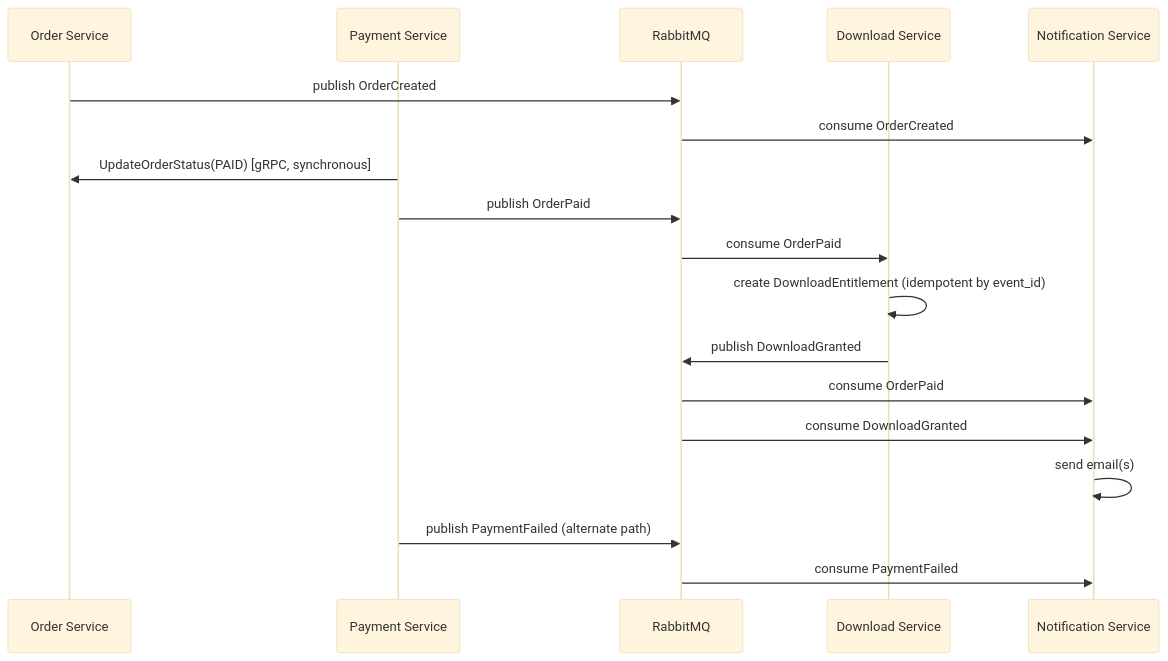
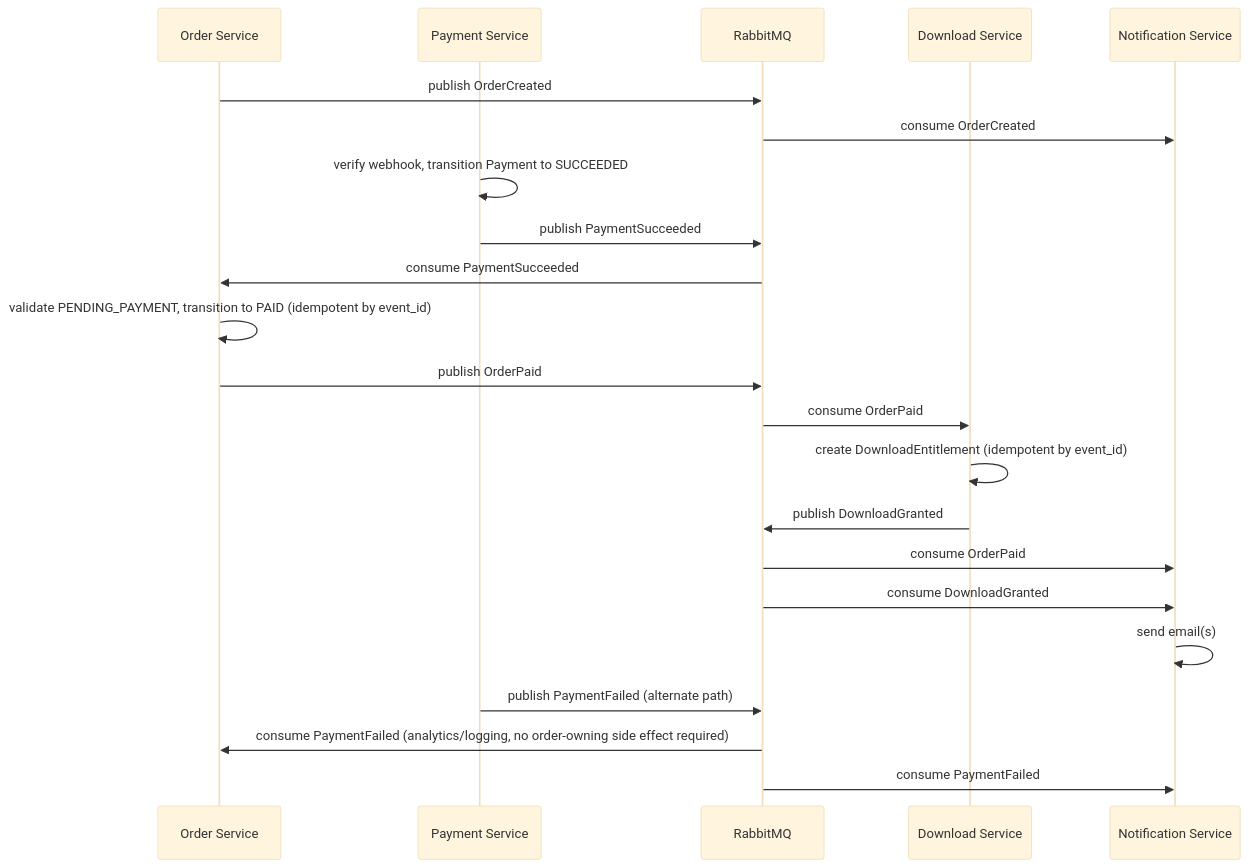
Before and after one commit to AsepNurdinDev/codeshop: the diagram in docs/architecture/EVENT_DESIGN.md, drawn with Mermaid (base theme). The commit also changed other lines of this file and 76 other files, not shown here.

````diff
--- a/docs/architecture/EVENT_DESIGN.md
+++ b/docs/architecture/EVENT_DESIGN.md
@@ -105,25 +123,30 @@
 ```mermaid
 sequenceDiagram
     participant Order as Order Service
     participant Payment as Payment Service
     participant MQ as RabbitMQ
     participant Download as Download Service
     participant Notif as Notification Service
 
     Order->>MQ: publish OrderCreated
     MQ->>Notif: consume OrderCreated
 
-    Payment->>Order: UpdateOrderStatus(PAID) [gRPC, synchronous]
-    Payment->>MQ: publish OrderPaid
+    Payment->>Payment: verify webhook, transition Payment to SUCCEEDED
+    Payment->>MQ: publish PaymentSucceeded
+
+    MQ->>Order: consume PaymentSucceeded
+    Order->>Order: validate PENDING_PAYMENT, transition to PAID (idempotent by event_id)
+    Order->>MQ: publish OrderPaid
 
     MQ->>Download: consume OrderPaid
     Download->>Download: create DownloadEntitlement (idempotent by event_id)
     Download->>MQ: publish DownloadGranted
 
     MQ->>Notif: consume OrderPaid
     MQ->>Notif: consume DownloadGranted
     Notif->>Notif: send email(s)
 
     Payment->>MQ: publish PaymentFailed (alternate path)
+    MQ->>Order: consume PaymentFailed (analytics/logging, no order-owning side effect required)
     MQ->>Notif: consume PaymentFailed
 ```
````
